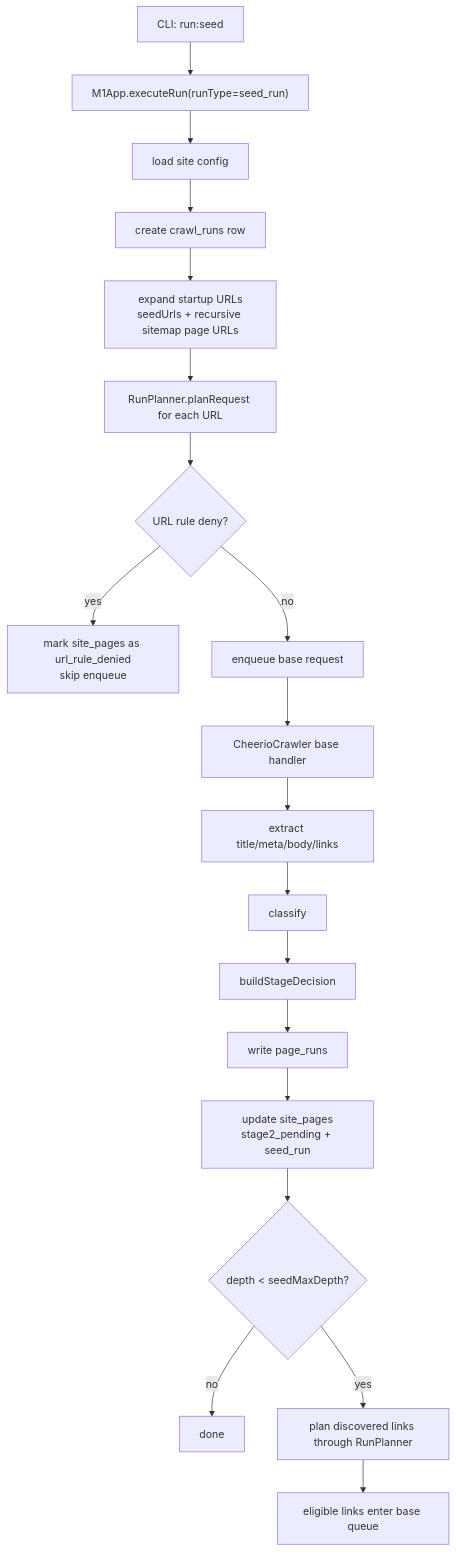
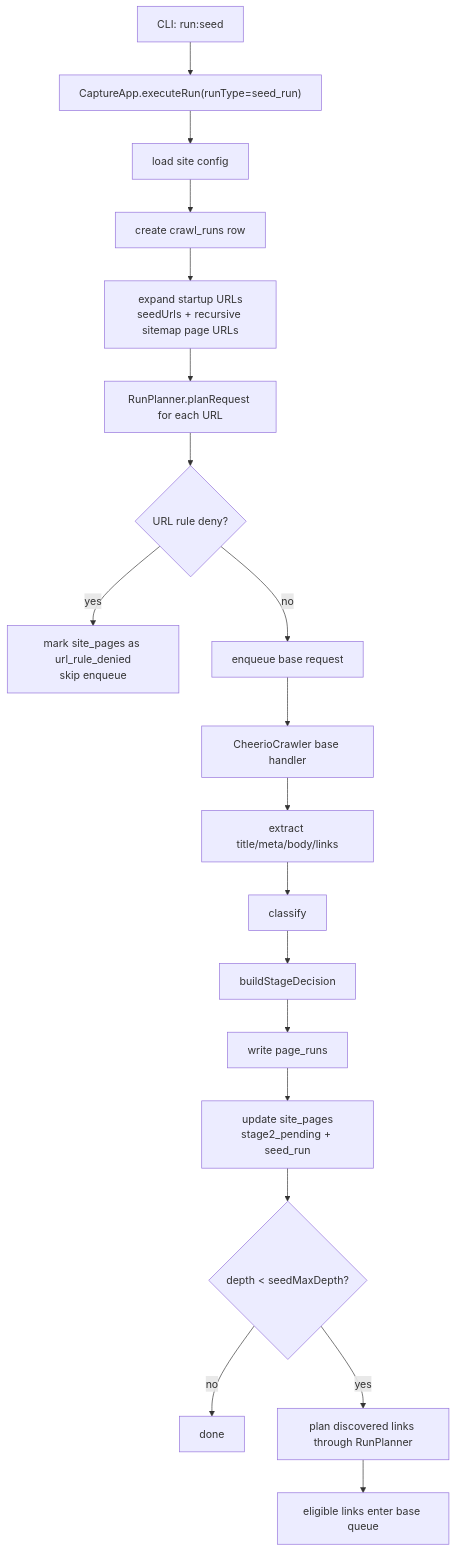
One commit to tianzhipeng-git/kvault-web-capture changed the third of 7 diagrams in docs/old-docs/init-m1/m1-implements.md. Above: the diagram before and after it, drawn with Mermaid. The commit also changed other lines of this file and 20 other files, not shown here.

````diff
--- a/docs/old-docs/init-m1/m1-implements.md
+++ b/docs/old-docs/init-m1/m1-implements.md
@@ -184,21 +184,21 @@
 ```mermaid
 flowchart TD
-    A["CLI: run:seed"] --> B["M1App.executeRun(runType=seed_run)"]
+    A["CLI: run:seed"] --> B["CaptureApp.executeRun(runType=seed_run)"]
     B --> C["load site config"]
     C --> D["create crawl_runs row"]
     D --> E["expand startup URLs\nseedUrls + recursive sitemap page URLs"]
     E --> F["RunPlanner.planRequest for each URL"]
     F --> G{"URL rule deny?"}
     G -- yes --> H["mark site_pages as url_rule_denied\nskip enqueue"]
     G -- no --> I["enqueue base request"]
     I --> J["CheerioCrawler base handler"]
     J --> K["extract title/meta/body/links"]
     K --> L["classify"]
     L --> M["buildStageDecision"]
     M --> N["write page_runs"]
     N --> O["update site_pages\nstage2_pending + seed_run"]
     O --> P{"depth < seedMaxDepth?"}
     P -- no --> Q["done"]
     P -- yes --> R["plan discovered links through RunPlanner"]
     R --> S["eligible links enter base queue"]
 ```
````
